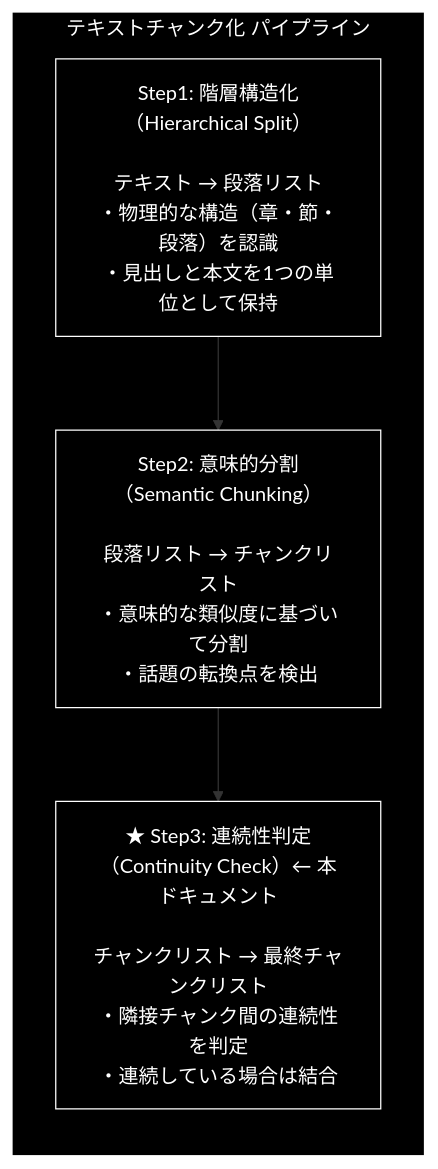
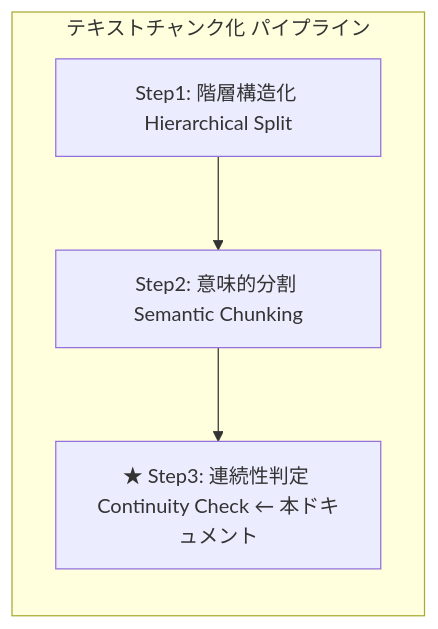
The first of 2 diagrams in chunking/doc/step3.md (nakashima2toshio/gemini_grace_agent), drawn with Mermaid before and after one commit. The commit also changed other lines of this file and 26 other files, not shown here.

````diff
--- a/chunking/doc/step3.md
+++ b/chunking/doc/step3.md
@@ -23,20 +23,13 @@
 ```mermaid
 graph TD
     subgraph PIPELINE["テキストチャンク化 パイプライン"]
         direction TB
 
-        STEP1["Step1: 階層構造化（Hierarchical Split）<br/><br/>テキスト → 段落リスト<br/>・物理的な構造（章・節・段落）を認識<br/>・見出しと本文を1つの単位として保持"]
-
-        STEP2["Step2: 意味的分割（Semantic Chunking）<br/><br/>段落リスト → チャンクリスト<br/>・意味的な類似度に基づいて分割<br/>・話題の転換点を検出"]
-
-        STEP3["★ Step3: 連続性判定（Continuity Check）← 本ドキュメント<br/><br/>チャンクリスト → 最終チャンクリスト<br/>・隣接チャンク間の連続性を判定<br/>・連続している場合は結合"]
+        STEP1["Step1: 階層構造化 Hierarchical Split"]
+        STEP2["Step2: 意味的分割 Semantic Chunking"]
+        STEP3["★ Step3: 連続性判定 Continuity Check ← 本ドキュメント"]
 
         STEP1 --> STEP2
         STEP2 --> STEP3
     end
-
-    style PIPELINE fill:#000000,stroke:#ffffff,color:#ffffff
-    style STEP1 fill:#000000,stroke:#ffffff,color:#ffffff
-    style STEP2 fill:#000000,stroke:#ffffff,color:#ffffff
-    style STEP3 fill:#000000,stroke:#ffffff,color:#ffffff
 ```
````
